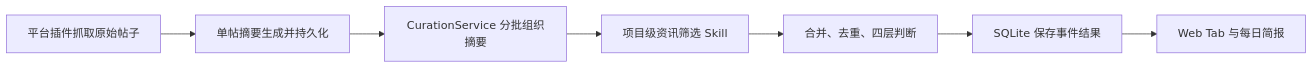
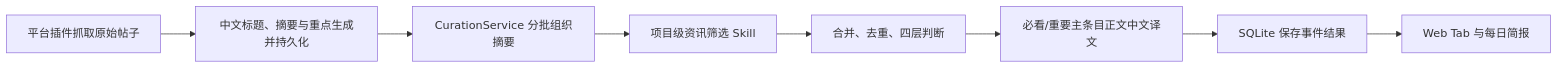
The first of 6 diagrams in docs/PRODUCT_REQUIREMENTS_AND_ARCHITECTURE.md (angelOnly/NewsRssHub), drawn with Mermaid before and after one commit. The commit also changed other lines of this file and 15 other files, not shown here.

````diff
--- a/docs/PRODUCT_REQUIREMENTS_AND_ARCHITECTURE.md
+++ b/docs/PRODUCT_REQUIREMENTS_AND_ARCHITECTURE.md
@@ -53,9 +53,10 @@
 ```mermaid
 flowchart LR
-    A["平台插件抓取原始帖子"] --> B["单帖摘要生成并持久化"]
+    A["平台插件抓取原始帖子"] --> B["中文标题、摘要与重点生成并持久化"]
     B --> C["CurationService 分批组织摘要"]
     C --> D["项目级资讯筛选 Skill"]
     D --> E["合并、去重、四层判断"]
-    E --> F["SQLite 保存事件结果"]
+    E --> T["必看/重要主条目正文中文译文"]
+    T --> F["SQLite 保存事件结果"]
     F --> G["Web Tab 与每日简报"]
 ```
````
